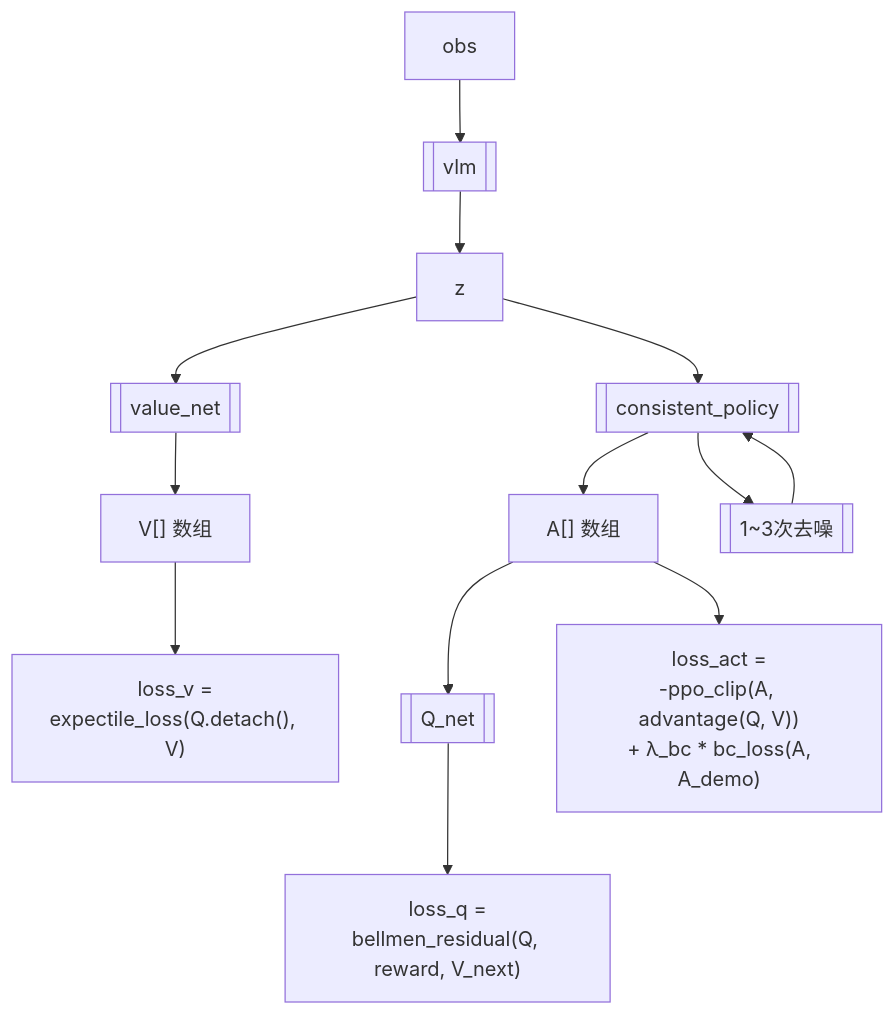
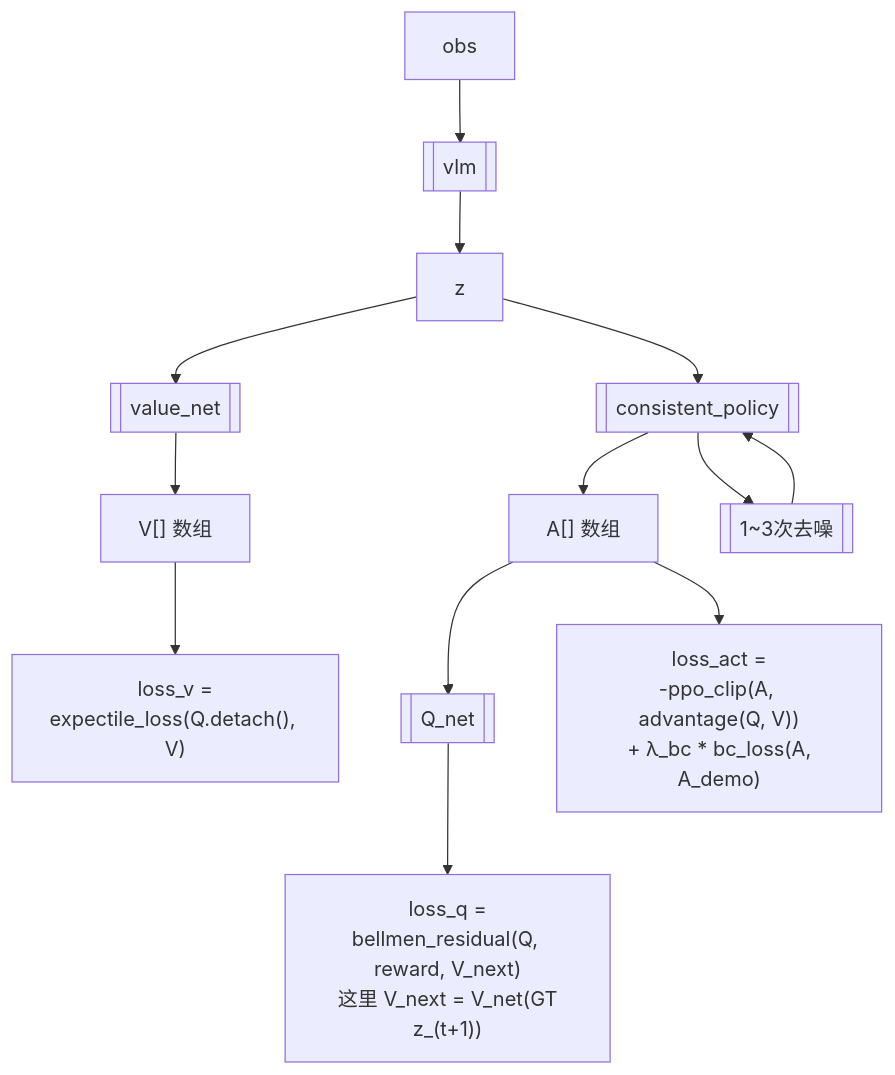
One commit to julyfun/how-to changed the second of 3 diagrams in papers/papers-batch-2.md. Above: the diagram before and after it, drawn with Mermaid. The commit also changed other lines of this file and 1 other file, not shown here.

Commit message:
M papers/papers-batch-2.md | M 技术学习/hrl/10-actor-critic算法.md

````diff
--- a/papers/papers-batch-2.md
+++ b/papers/papers-batch-2.md
@@ -167,8 +167,8 @@
 ```mermaid
 flowchart TD
     obs --> vlm[[vlm]] --> z
     z --> value_net[[value_net]] --> V["V[] 数组"] --> v_loss["loss_v =<br>expectile_loss(Q.detach(), V)"]
-    z --> policy[[consistent_policy]] --> A["A[] 数组"] --> Q[[Q_net]] --> q_loss["loss_q =<br>bellmen_residual(Q, reward, V_next)"]
+    z --> policy[[consistent_policy]] --> A["A[] 数组"] --> Q[[Q_net]] --> q_loss["loss_q =<br>bellmen_residual(Q, reward, V_next)<br> 这里 V_next = V_net(GT z_(t+1))"]
     policy --> v[[1~3次去噪]] -->policy
     A --> loss_act["loss_act =<br>-ppo_clip(A, advantage(Q, V))<br> + λ_bc * bc_loss(A, A_demo)"]
 ```
````
